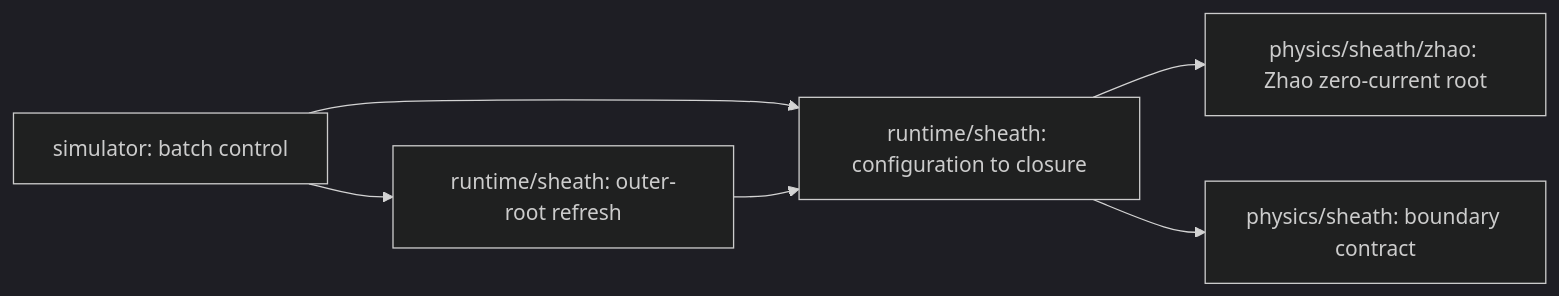
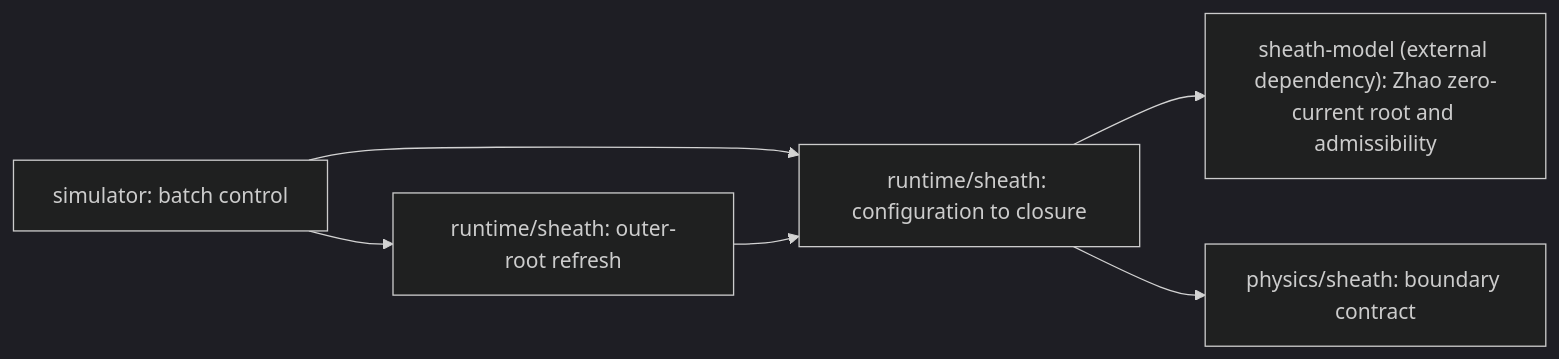
The second of 2 diagrams in docs/Architecture.en.md (Nkzono99/BEACH), drawn with Mermaid (dark theme) before and after one commit. The commit also changed other lines of this file and 29 other files, not shown here.

````diff
--- a/docs/Architecture.en.md
+++ b/docs/Architecture.en.md
@@ -179,8 +180,8 @@
 ```mermaid
 flowchart LR
   simulator["simulator: batch control"] --> refresh["runtime/sheath: outer-root refresh"]
   simulator --> model["runtime/sheath: configuration to closure"]
   refresh --> model
-  model --> zhao["physics/sheath/zhao: Zhao zero-current root"]
+  model --> zhao["sheath-model (external dependency): Zhao zero-current root and admissibility"]
   model --> contract["physics/sheath: boundary contract"]
 ```
````
